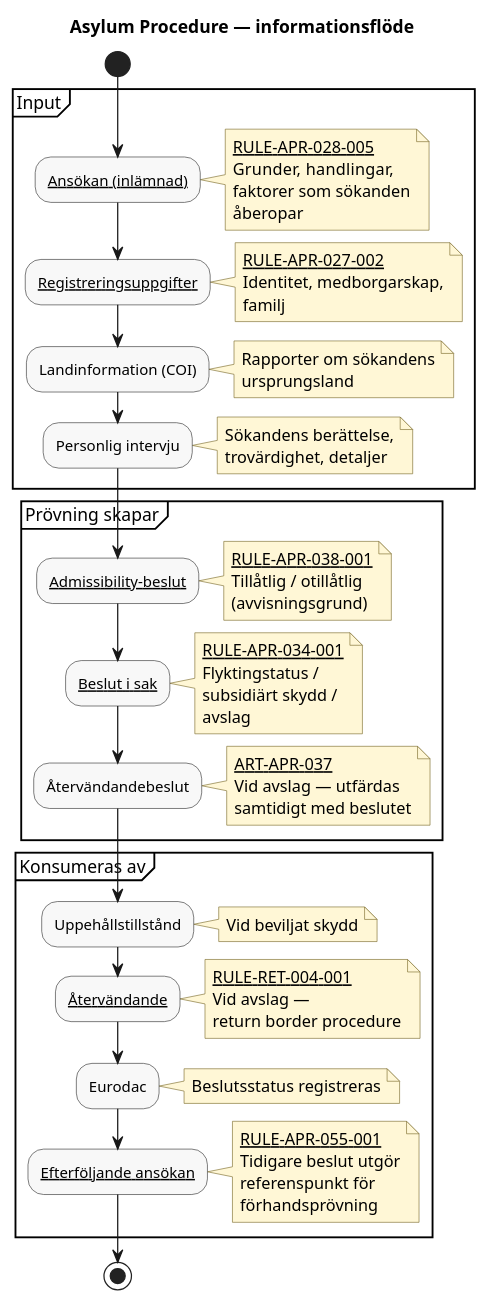
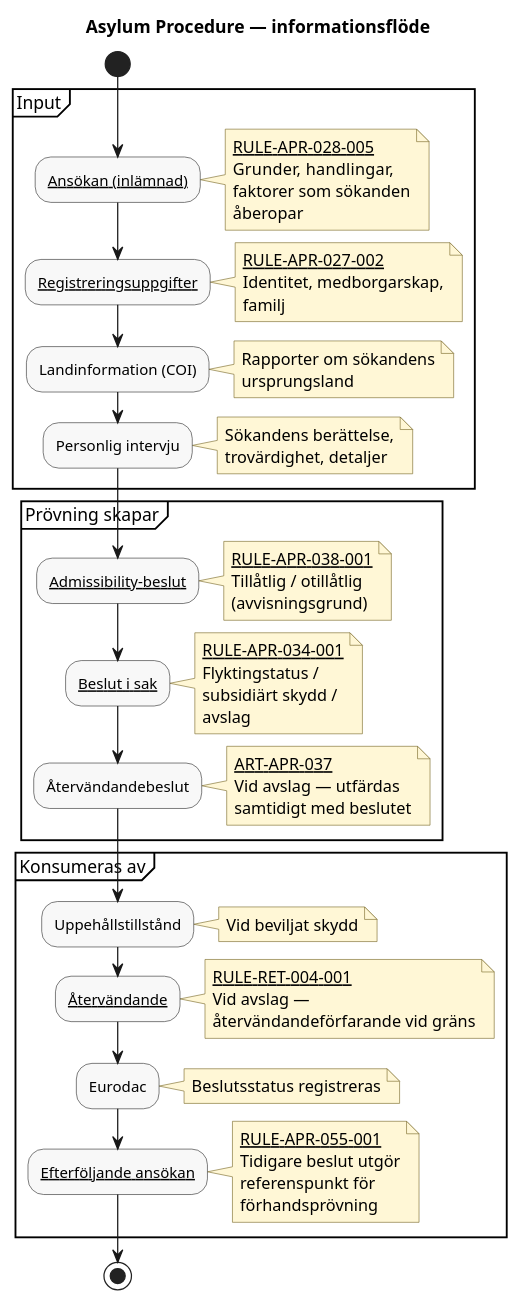
The diagram in docs/domains/asylum-procedure/diagrams/information-flow.pu (chrhe894/migration_pact), drawn with PlantUML before and after one commit. The commit also changed 225 other files, not shown here.

```diff
--- a/docs/domains/asylum-procedure/diagrams/information-flow.pu
+++ b/docs/domains/asylum-procedure/diagrams/information-flow.pu
@@ -12,94 +12,94 @@
 @startuml information-flow
 
 title Asylum Procedure — informationsflöde
 
 skinparam shadowing false
 skinparam HyperlinkColor Black
 skinparam HyperlinkUnderline true
 skinparam defaultFontName Arial
 skinparam activity {
   BackgroundColor #F8F8F8
   BorderColor #333333
 }
 skinparam note {
   BackgroundColor #FFF7D6
   BorderColor #7A6A2A
 }
 
 start
 
 partition "Input" {
   :[[../../../domains/registration/processes/lodging-an-application.md Ansökan (inlämnad)]];
   note right
     [[../../../domains/registration/rules/rule-apr-028-005.md RULE-APR-028-005]]
     Grunder, handlingar,
     faktorer som sökanden
     åberopar
   end note
   :[[../../../domains/registration/rules/rule-apr-027-002.md Registreringsuppgifter]];
   note right
     [[../../../domains/registration/rules/rule-apr-027-002.md RULE-APR-027-002]]
     Identitet, medborgarskap,
     familj
   end note
   :Landinformation (COI);
   note right
     Rapporter om sökandens
     ursprungsland
   end note
   :Personlig intervju;
   note right
     Sökandens berättelse,
     trovärdighet, detaljer
   end note
 }
 
 partition "Prövning skapar" {
   :[[../rules/rule-apr-038-001.md Admissibility-beslut]];
   note right
     [[../rules/rule-apr-038-001.md RULE-APR-038-001]]
     Tillåtlig / otillåtlig
     (avvisningsgrund)
   end note
   :[[../rules/rule-apr-034-001.md Beslut i sak]];
   note right
     [[../rules/rule-apr-034-001.md RULE-APR-034-001]]
     Flyktingstatus /
     subsidiärt skydd /
     avslag
   end note
   :Återvändandebeslut;
   note right
     [[../articles/apr-037.md ART-APR-037]]
     Vid avslag — utfärdas
     samtidigt med beslutet
   end note
 }
 
 partition "Konsumeras av" {
   :Uppehållstillstånd;
   note right
     Vid beviljat skydd
   end note
   :[[../../../domains/return-border-procedure/processes/return-border-procedure.md Återvändande]];
   note right
     [[../../../domains/return-border-procedure/rules/rule-ret-004-001.md RULE-RET-004-001]]
     Vid avslag —
-    return border procedure
+    återvändandeförfarande vid gräns
   end note
   :Eurodac;
   note right
     Beslutsstatus registreras
   end note
   :[[../processes/subsequent-application.md Efterföljande ansökan]];
   note right
     [[../rules/rule-apr-055-001.md RULE-APR-055-001]]
     Tidigare beslut utgör
     referenspunkt för
     förhandsprövning
   end note
 }
 
 stop
 
 @enduml
```
